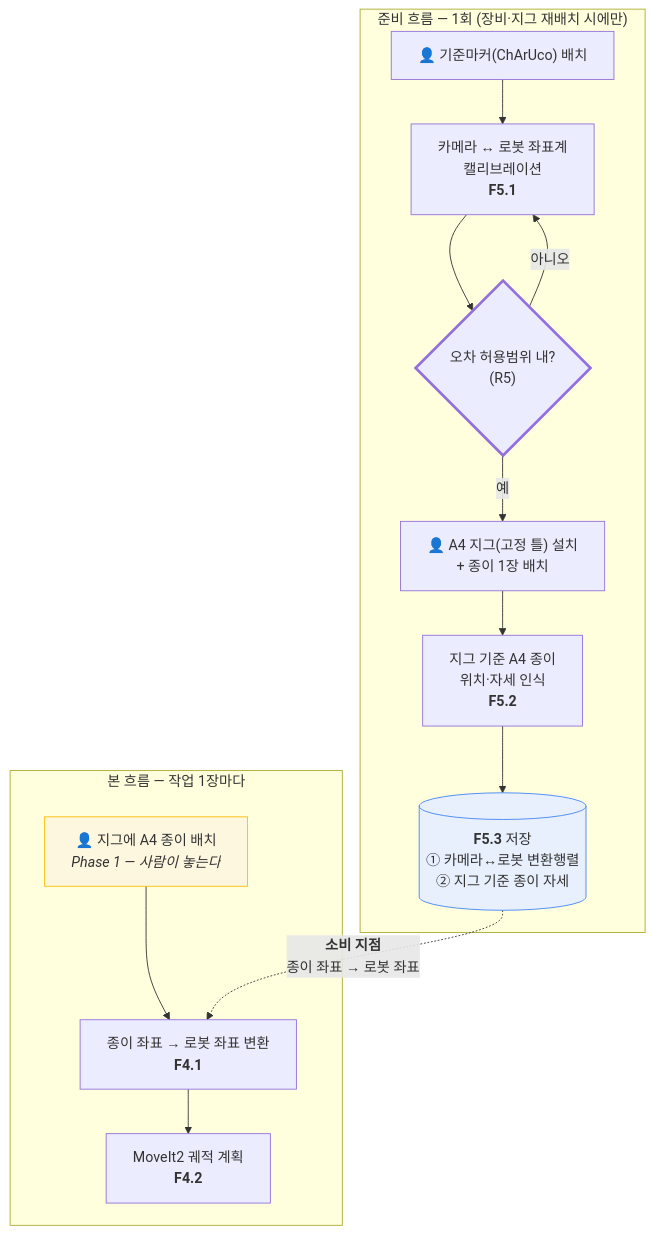
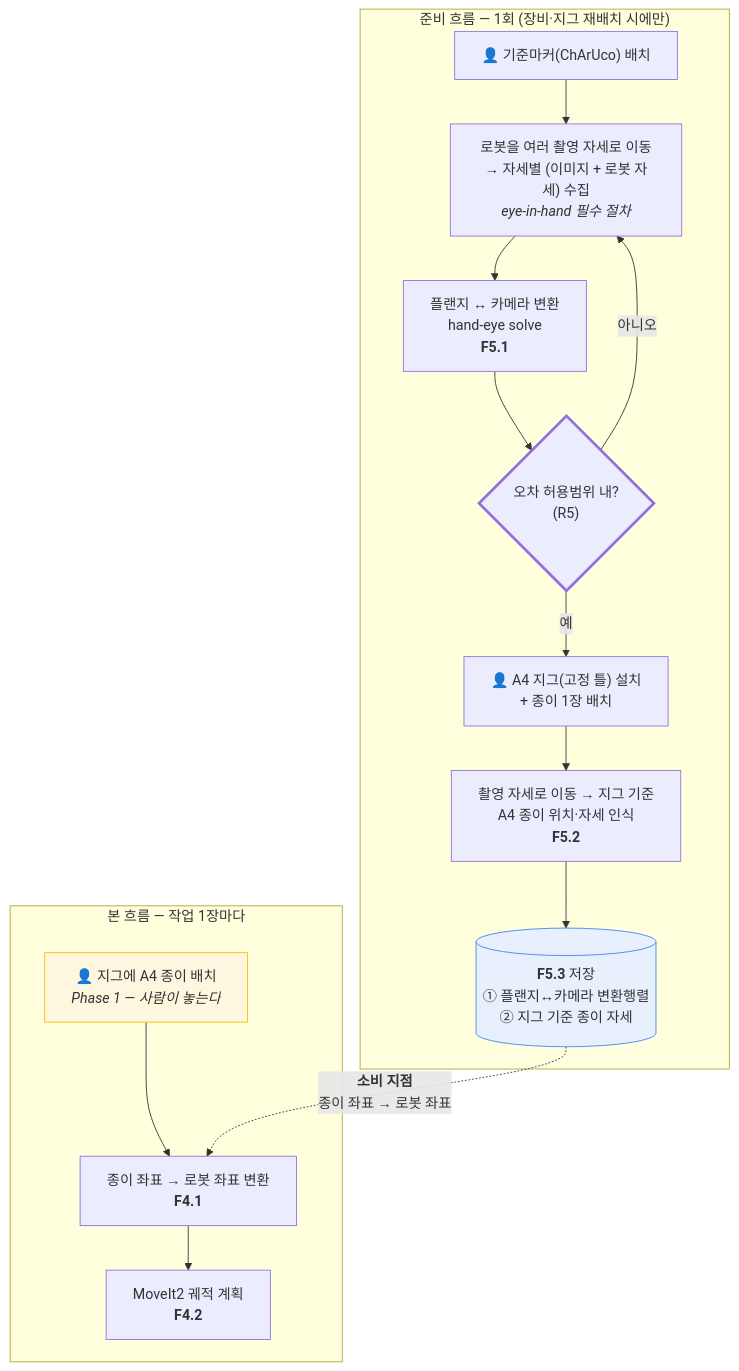
The seventh of 8 diagrams in docs/Process Flow.md (MarkCheon25/Nyang_Nyang_Atlier), drawn with Mermaid before and after one commit. The commit also changed other lines of this file and 9 other files, not shown here.

````diff
--- a/docs/Process Flow.md
+++ b/docs/Process Flow.md
@@ -258,28 +279,29 @@
 ```mermaid
 flowchart TD
     subgraph PREP["준비 흐름 — 1회 (장비·지그 재배치 시에만)"]
         H1["👤 기준마커(ChArUco) 배치"]
-        K1["카메라 ↔ 로봇 좌표계<br/>캘리브레이션<br/><b>F5.1</b>"]
+        KA["로봇을 여러 촬영 자세로 이동<br/>→ 자세별 (이미지 + 로봇 자세) 수집<br/><i>eye-in-hand 필수 절차</i>"]
+        K1["플랜지 ↔ 카메라 변환<br/>hand-eye solve<br/><b>F5.1</b>"]
         K2{"오차 허용범위 내?<br/>(R5)"}
         H2["👤 A4 지그(고정 틀) 설치<br/>+ 종이 1장 배치"]
-        K4["지그 기준 A4 종이<br/>위치·자세 인식<br/><b>F5.2</b>"]
-        K3[("<b>F5.3</b> 저장<br/>① 카메라↔로봇 변환행렬<br/>② 지그 기준 종이 자세")]
-        H1 --> K1 --> K2
-        K2 -->|"아니오"| K1
+        K4["촬영 자세로 이동 → 지그 기준<br/>A4 종이 위치·자세 인식<br/><b>F5.2</b>"]
+        K3[("<b>F5.3</b> 저장<br/>① 플랜지↔카메라 변환행렬<br/>② 지그 기준 종이 자세")]
+        H1 --> KA --> K1 --> K2
+        K2 -->|"아니오"| KA
         K2 -->|"예"| H2
         H2 --> K4 --> K3
     end
 
     subgraph MAIN["본 흐름 — 작업 1장마다"]
         M0["👤 지그에 A4 종이 배치<br/><i>Phase 1 — 사람이 놓는다</i>"]
         M2["종이 좌표 → 로봇 좌표 변환<br/><b>F4.1</b>"]
         M3["MoveIt2 궤적 계획<br/><b>F4.2</b>"]
         M0 --> M2 --> M3
     end
 
     K3 -.->|"<b>소비 지점</b><br/>종이 좌표 → 로봇 좌표"| M2
 
     style K2 stroke-width:3px
     style K3 fill:#e8f0fe,stroke:#4285f4
     style M0 fill:#fef7e0,stroke:#fbbc04
 ```
````
